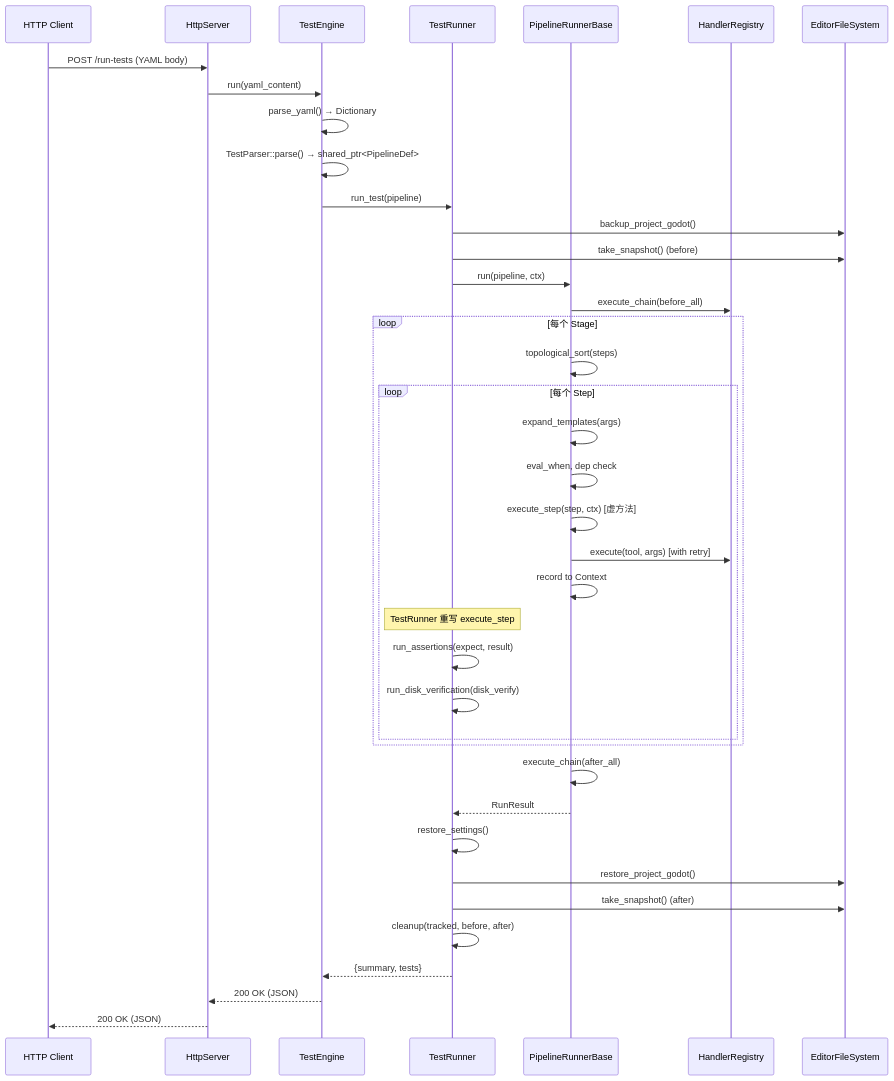
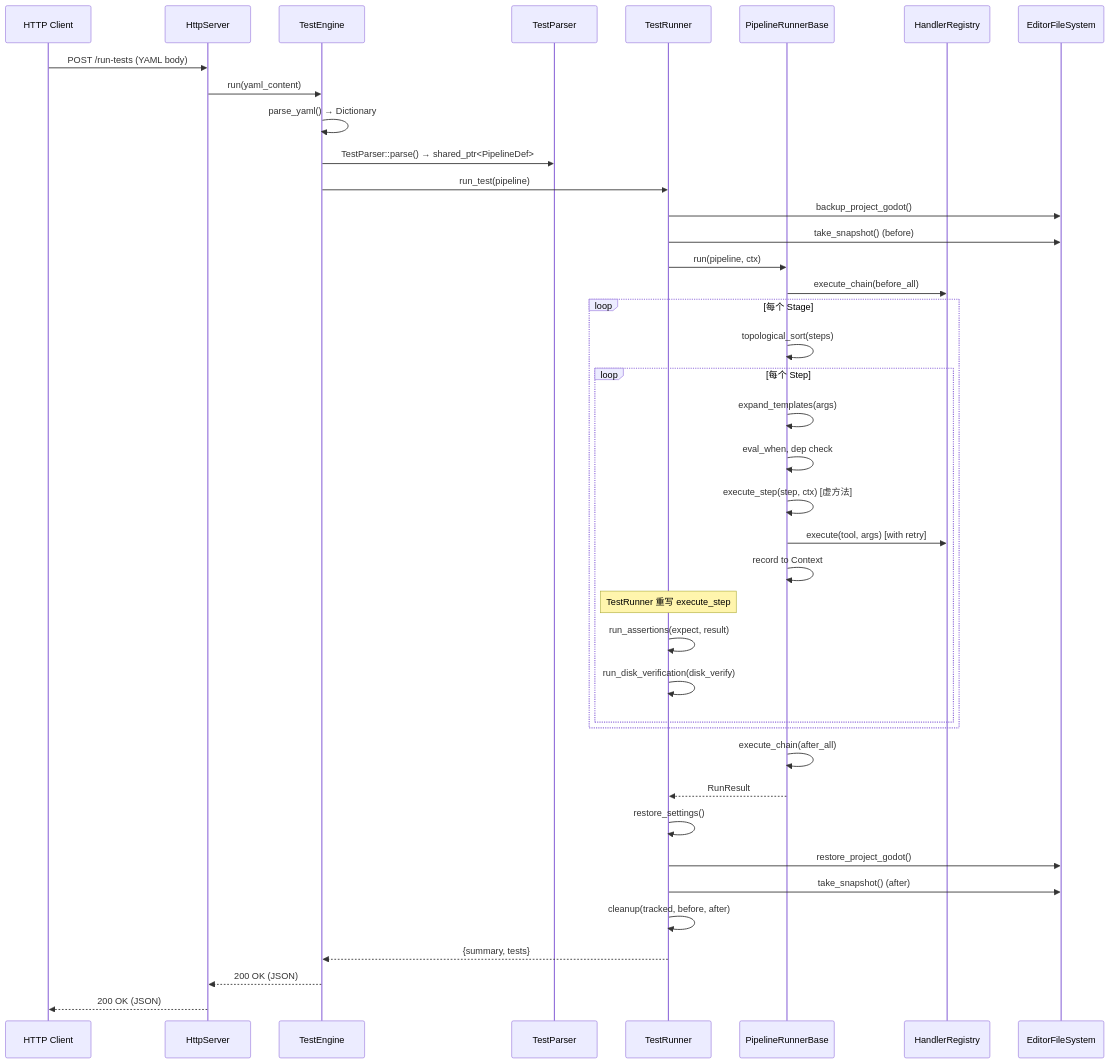
Before and after one commit to jesspig/GodotMCP-GDExtension: the second of 3 diagrams in .repo_wiki/testing/test-engine.md, drawn with Mermaid. The commit also changed other lines of this file and 27 other files, not shown here.

````diff
--- a/.repo_wiki/testing/test-engine.md
+++ b/.repo_wiki/testing/test-engine.md
@@ -114,42 +128,43 @@
 ```mermaid
 sequenceDiagram
     participant C as HTTP Client
     participant H as HttpServer
     participant E as TestEngine
+    participant TP as TestParser
     participant TR as TestRunner
     participant PB as PipelineRunnerBase
     participant R as HandlerRegistry
     participant FS as EditorFileSystem
 
     C->>H: POST /run-tests (YAML body)
     H->>E: run(yaml_content)
     E->>E: parse_yaml() → Dictionary
-    E->>E: TestParser::parse() → shared_ptr<PipelineDef>
+    E->>TP: TestParser::parse() → shared_ptr<PipelineDef>
     E->>TR: run_test(pipeline)
     TR->>FS: backup_project_godot()
     TR->>FS: take_snapshot() (before)
     TR->>PB: run(pipeline, ctx)
     PB->>R: execute_chain(before_all)
     loop 每个 Stage
         PB->>PB: topological_sort(steps)
         loop 每个 Step
             PB->>PB: expand_templates(args)
             PB->>PB: eval_when, dep check
             PB->>PB: execute_step(step, ctx) [虚方法]
             PB->>R: execute(tool, args) [with retry]
             PB->>PB: record to Context
             Note over TR: TestRunner 重写 execute_step
             TR->>TR: run_assertions(expect, result)
             TR->>TR: run_disk_verification(disk_verify)
         end
     end
     PB->>PB: execute_chain(after_all)
     PB-->>TR: RunResult
     TR->>TR: restore_settings()
     TR->>FS: restore_project_godot()
     TR->>FS: take_snapshot() (after)
     TR->>TR: cleanup(tracked, before, after)
     TR-->>E: {summary, tests}
     E-->>H: 200 OK (JSON)
     H-->>C: 200 OK (JSON)
 ```
````
